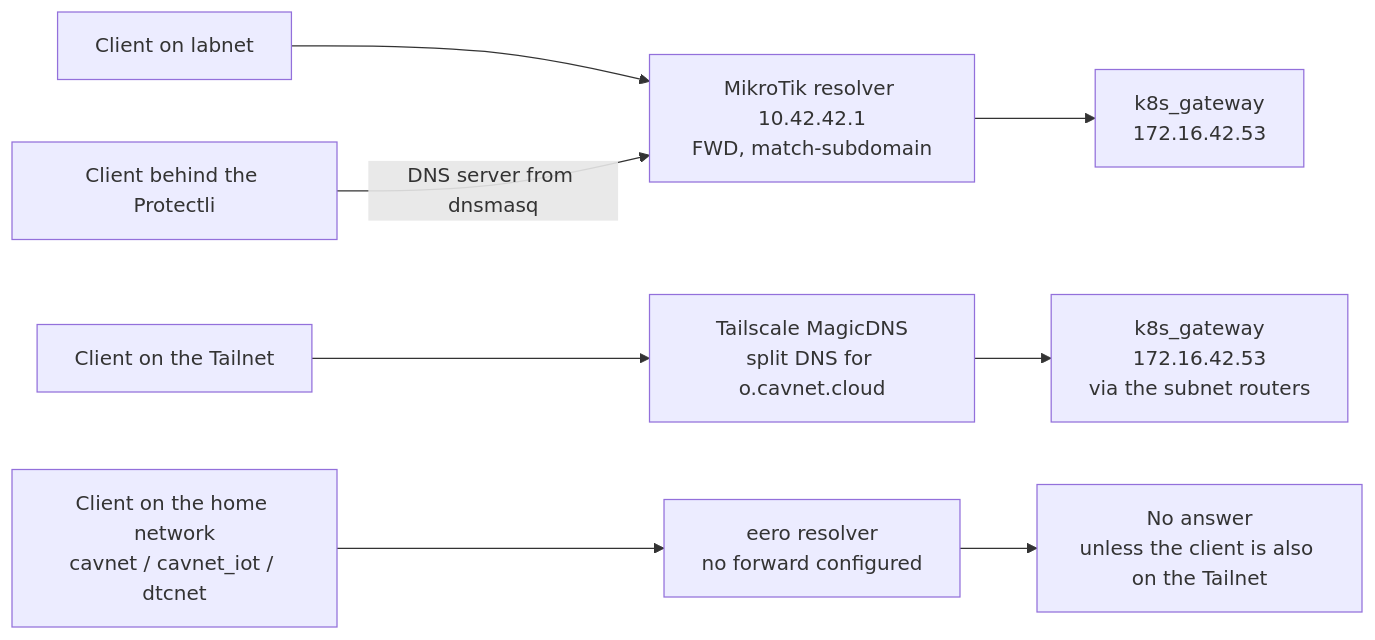
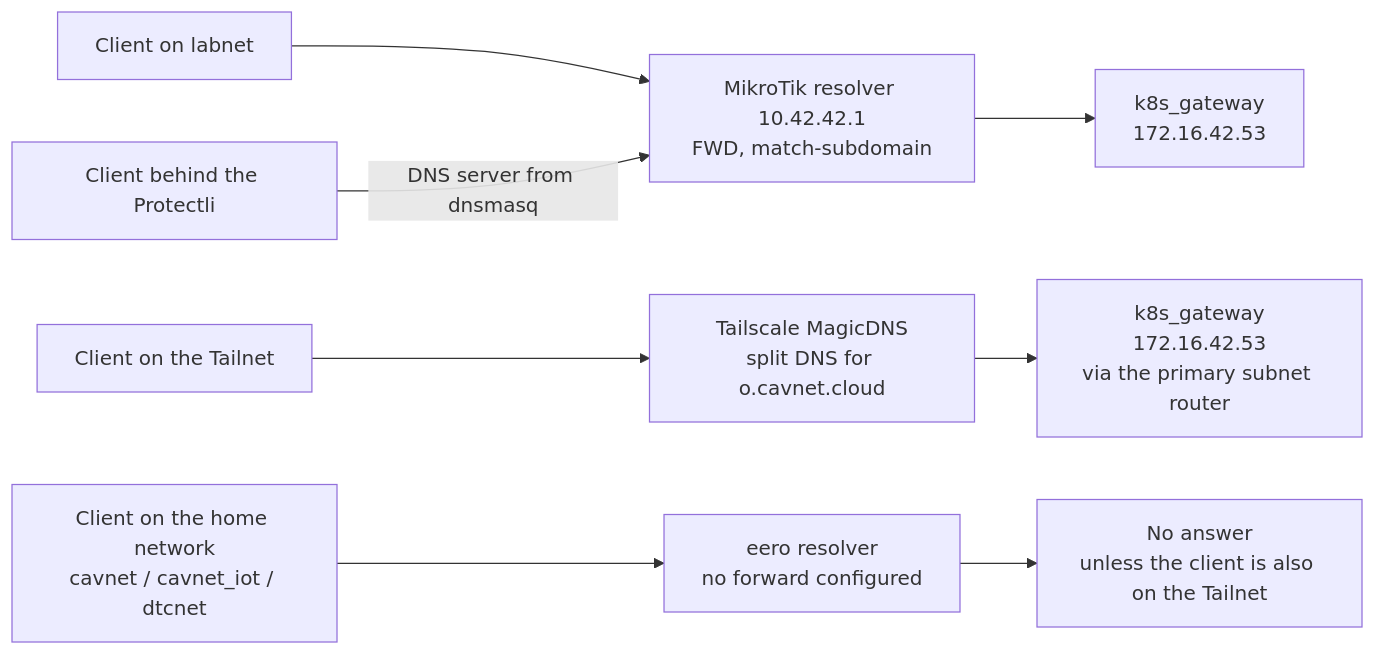
Before and after one commit to dancavallaro/homelab: the fourth of 4 diagrams in docs/network.md, drawn with Mermaid. The commit also changed other lines of this file and 2 other files, not shown here.

````diff
--- a/docs/network.md
+++ b/docs/network.md
@@ -318,7 +471,7 @@
 ```mermaid
 flowchart LR
     c1["Client on labnet"] --> r1["MikroTik resolver 10.42.42.1<br>FWD, match-subdomain"] --> k1["k8s_gateway<br>172.16.42.53"]
-    c2["Client on the Tailnet"] --> r2["Tailscale MagicDNS<br>split DNS for o.cavnet.cloud"] --> k2["k8s_gateway<br>172.16.42.53<br>via the subnet routers"]
+    c2["Client on the Tailnet"] --> r2["Tailscale MagicDNS<br>split DNS for o.cavnet.cloud"] --> k2["k8s_gateway<br>172.16.42.53<br>via the primary subnet router"]
     c3["Client on the home network<br>cavnet / cavnet_iot / dtcnet"] --> r3["eero resolver<br>no forward configured"] --> x3["No answer<br>unless the client is also on the Tailnet"]
     c4["Client behind the Protectli"] -->|"DNS server from dnsmasq"| r1
 ```
````
